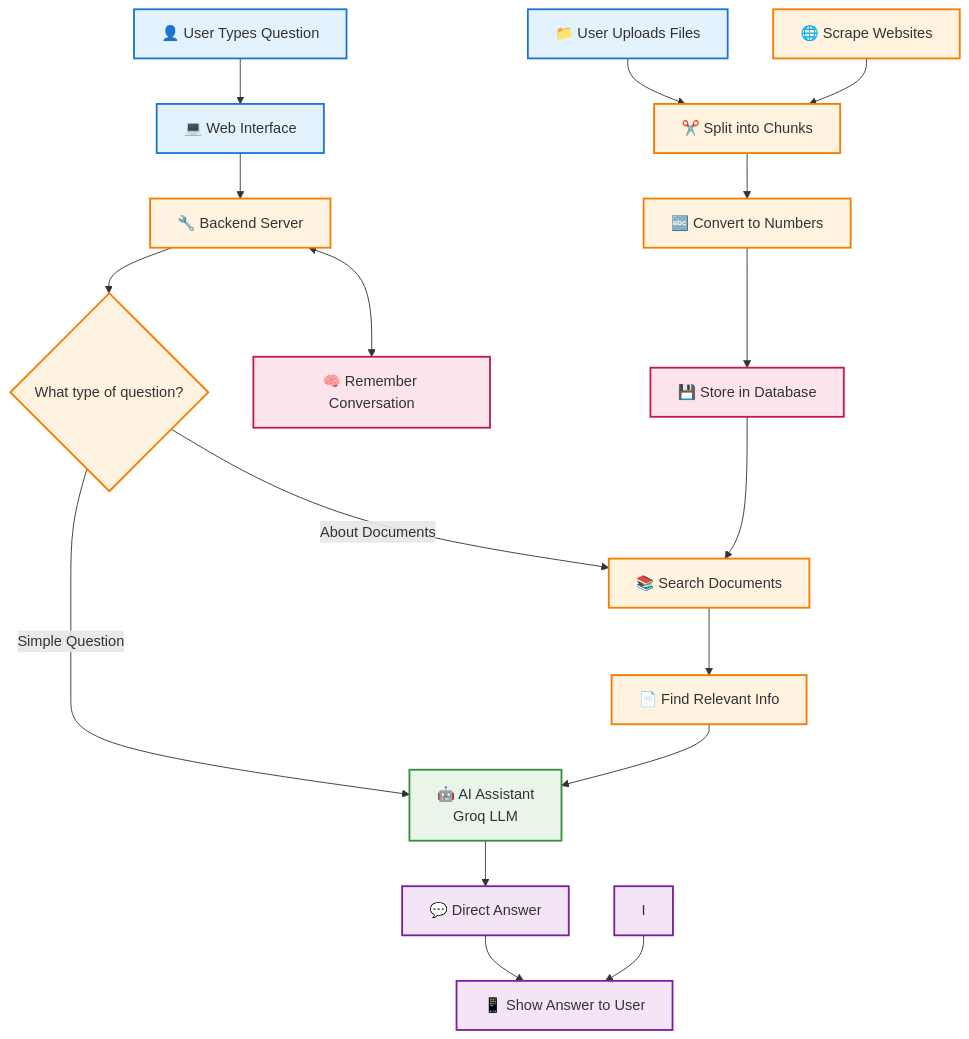
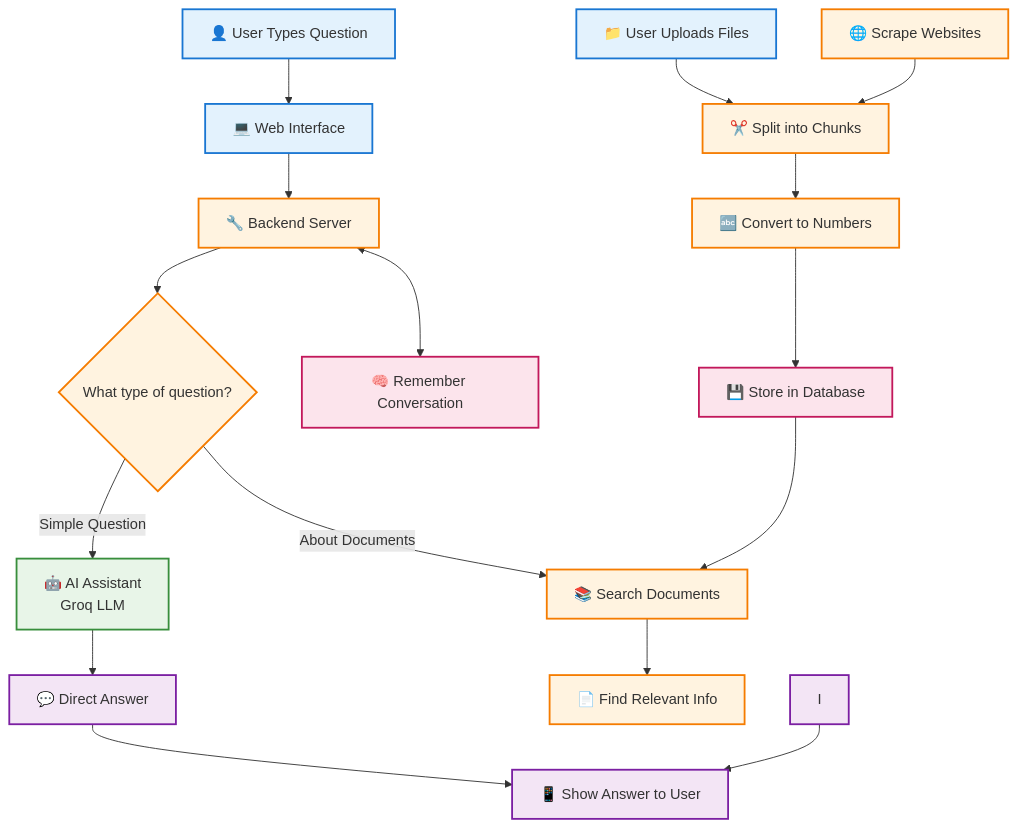
Before and after one commit to Lokesh-DataScience/Data-Analyst-Expert-Bot: the second of 2 diagrams in README.md, drawn with Mermaid.

Commit message:
Added recent chats

````diff
--- a/README.md
+++ b/README.md
@@ -50,47 +50,46 @@
 ```mermaid
 graph TD
     %% User Journey
     A[👤 User Types Question] --> B[💻 Web Interface]
     B --> C[🔧 Backend Server]
     
     %% Two Main Paths
     C --> D{What type of question?}
     
     %% Path 1: Simple Question
     D -->|Simple Question| E[🤖 AI Assistant<br/>Groq LLM]
     E --> F[💬 Direct Answer]
     
     %% Path 2: Document Question
     D -->|About Documents| G[📚 Search Documents]
     G --> H[📄 Find Relevant Info]
-    H --> E
     
     %% Document Processing (Background)
     J[📁 User Uploads Files] --> K[✂️ Split into Chunks]
     K --> L[🔤 Convert to Numbers]
     L --> M[💾 Store in Database]
     M --> G
     
     %% Web Scraping (Background)
     N[🌐 Scrape Websites] --> K
     
     %% Final Output
     F --> O[📱 Show Answer to User]
     I --> O
     
     %% Memory
     C <--> P[🧠 Remember Conversation]
     
     %% Styling for clarity
     classDef user fill:#e3f2fd,stroke:#1976d2,stroke-width:2px
     classDef process fill:#fff3e0,stroke:#f57c00,stroke-width:2px
     classDef ai fill:#e8f5e8,stroke:#388e3c,stroke-width:2px
     classDef storage fill:#fce4ec,stroke:#c2185b,stroke-width:2px
     classDef output fill:#f3e5f5,stroke:#7b1fa2,stroke-width:2px
     
     class A,B,J user
     class C,D,G,H,K,L,N process
     class E ai
     class M,P storage
     class F,I,O output
 ```
````
